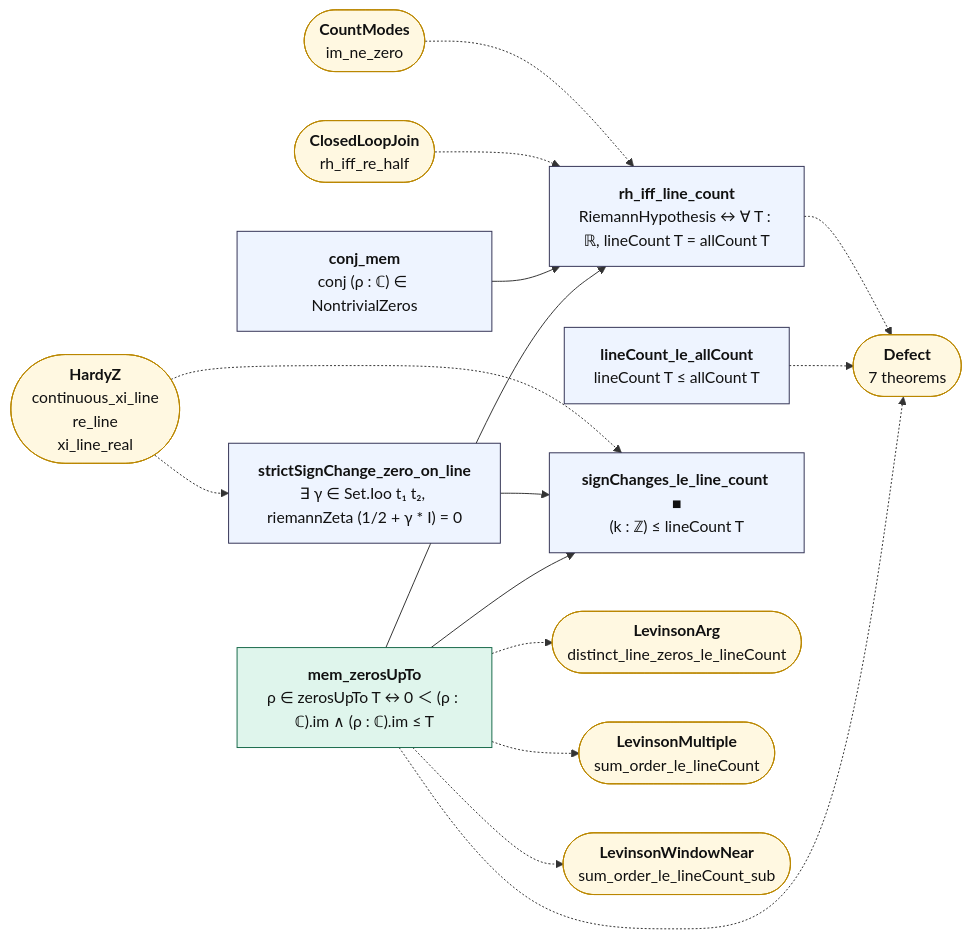
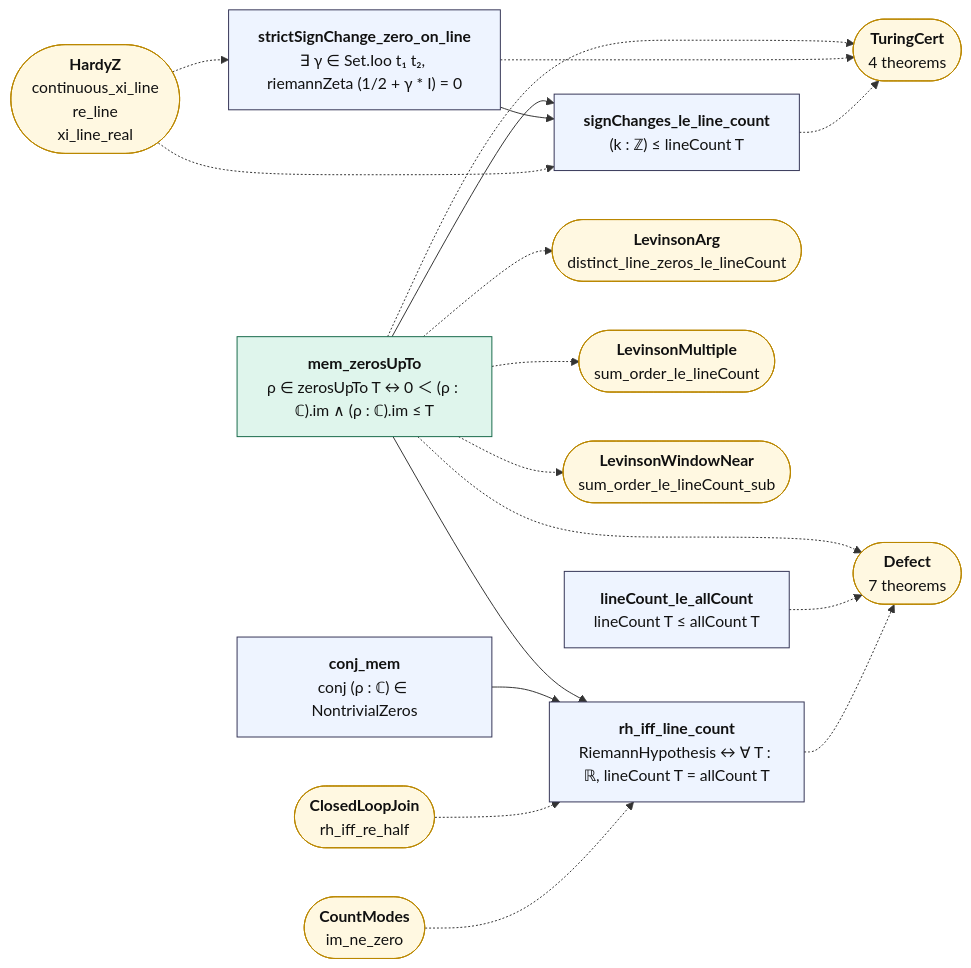
One commit to juliansambranojr/Primebeat_081426 changed the diagram in map/lean_stage3/LineCount.md. Above: the diagram before and after it, drawn with Mermaid. The commit also changed other lines of this file and 32 other files, not shown here.

````diff
--- a/map/lean_stage3/LineCount.md
+++ b/map/lean_stage3/LineCount.md
@@ -14,38 +14,42 @@
 ```mermaid
 flowchart LR
   n0["<b>mem_zerosUpTo</b><br/>ρ ∈ zerosUpTo T ↔ 0 ＜ (ρ : ℂ).im ∧ (ρ : ℂ).im ≤ T"]:::cnt
   n1["<b>strictSignChange_zero_on_line</b><br/>∃ γ ∈ Set.Ioo t₁ t₂, riemannZeta (1/2 + γ * I) = 0"]:::thm
   n2["<b>conj_mem</b><br/>conj (ρ : ℂ) ∈ NontrivialZeros"]:::thm
   n3["<b>lineCount_le_allCount</b><br/>lineCount T ≤ allCount T"]:::thm
   n4["<b>rh_iff_line_count</b><br/>RiemannHypothesis ↔ ∀ T : ℝ, lineCount T = allCount T"]:::thm
-  n5["<b>signChanges_le_line_count ■</b><br/>(k : ℤ) ≤ lineCount T"]:::thm
+  n5["<b>signChanges_le_line_count</b><br/>(k : ℤ) ≤ lineCount T"]:::thm
   x0(["<b>Defect</b><br/>7 theorems"]):::ext
   x1(["<b>LevinsonArg</b><br/>distinct_line_zeros_le_lineCount"]):::ext
   x2(["<b>LevinsonMultiple</b><br/>sum_order_le_lineCount"]):::ext
   x3(["<b>LevinsonWindowNear</b><br/>sum_order_le_lineCount_sub"]):::ext
-  x4(["<b>HardyZ</b><br/>continuous_xi_line<br/>re_line<br/>xi_line_real"]):::ext
-  x5(["<b>ClosedLoopJoin</b><br/>rh_iff_re_half"]):::ext
-  x6(["<b>CountModes</b><br/>im_ne_zero"]):::ext
+  x4(["<b>TuringCert</b><br/>4 theorems"]):::ext
+  x5(["<b>HardyZ</b><br/>continuous_xi_line<br/>re_line<br/>xi_line_real"]):::ext
+  x6(["<b>ClosedLoopJoin</b><br/>rh_iff_re_half"]):::ext
+  x7(["<b>CountModes</b><br/>im_ne_zero"]):::ext
   n0 --> n4
   n0 --> n5
   n1 --> n5
   n2 --> n4
   n0 -.-> x0
   n0 -.-> x1
   n0 -.-> x2
   n0 -.-> x3
+  n0 -.-> x4
+  n1 -.-> x4
   n3 -.-> x0
   n4 -.-> x0
-  x4 -.-> n1
-  x4 -.-> n5
-  x5 -.-> n4
+  n5 -.-> x4
+  x5 -.-> n1
+  x5 -.-> n5
   x6 -.-> n4
+  x7 -.-> n4
   classDef cnt fill:#dff5ec,stroke:#17694a,color:#111
   classDef shp fill:#f1ecfb,stroke:#5b3fa0,color:#111
   classDef rh fill:#ffe5e5,stroke:#c22,color:#111,stroke-width:2px
   classDef thm fill:#eef4ff,stroke:#335,color:#111
   classDef end_ fill:#e7f7e7,stroke:#2a7,color:#111,stroke-width:2px
   classDef lone fill:#fff,stroke:#999,color:#111,stroke-dasharray:4 3
   classDef bad fill:#ffe5e5,stroke:#c22,color:#111,stroke-width:2px
   classDef ext fill:#fff8e1,stroke:#b80,color:#111
 ```
````
